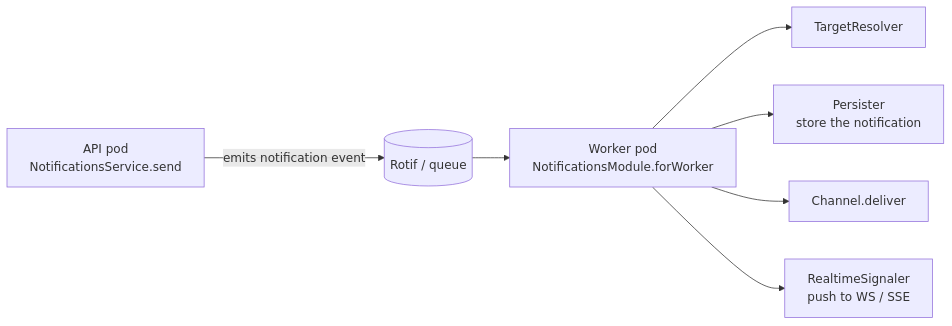
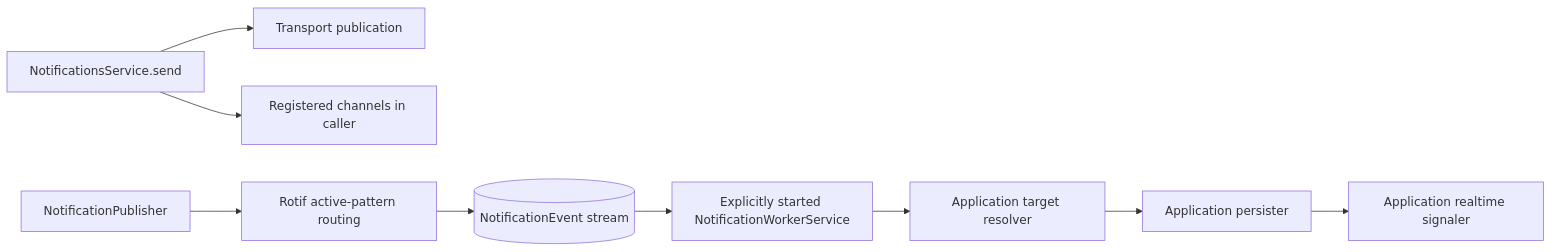
One commit to omnitron-dev/website changed the diagram in docs/titan/modules/notifications.mdx. Above: the diagram before and after it, drawn with Mermaid. The commit also changed other lines of this file and 44 other files, not shown here.

````diff
--- a/docs/titan/modules/notifications.mdx
+++ b/docs/titan/modules/notifications.mdx
@@ -264,11 +270,11 @@
 ```mermaid
 flowchart LR
-  Api[API pod<br/>NotificationsService.send]
-  Api -- emits notification event --> Rotif[(Rotif / queue)]
-  Worker[Worker pod<br/>NotificationsModule.forWorker]
-  Rotif --> Worker
-  Worker --> Resolver[TargetResolver]
-  Worker --> Persister[Persister<br/>store the notification]
-  Worker --> Channel[Channel.deliver]
-  Worker --> Realtime[RealtimeSignaler<br/>push to WS / SSE]
+  Send[NotificationsService.send] --> Transport[Transport publication]
+  Send --> Local[Registered channels in caller]
+  Publisher[NotificationPublisher] --> Routing[Rotif active-pattern routing]
+  Routing --> Stream[(NotificationEvent stream)]
+  Stream --> Worker[Explicitly started NotificationWorkerService]
+  Worker --> Resolver[Application target resolver]
+  Resolver --> Persister[Application persister]
+  Persister --> Signaler[Application realtime signaler]
 ```
````
